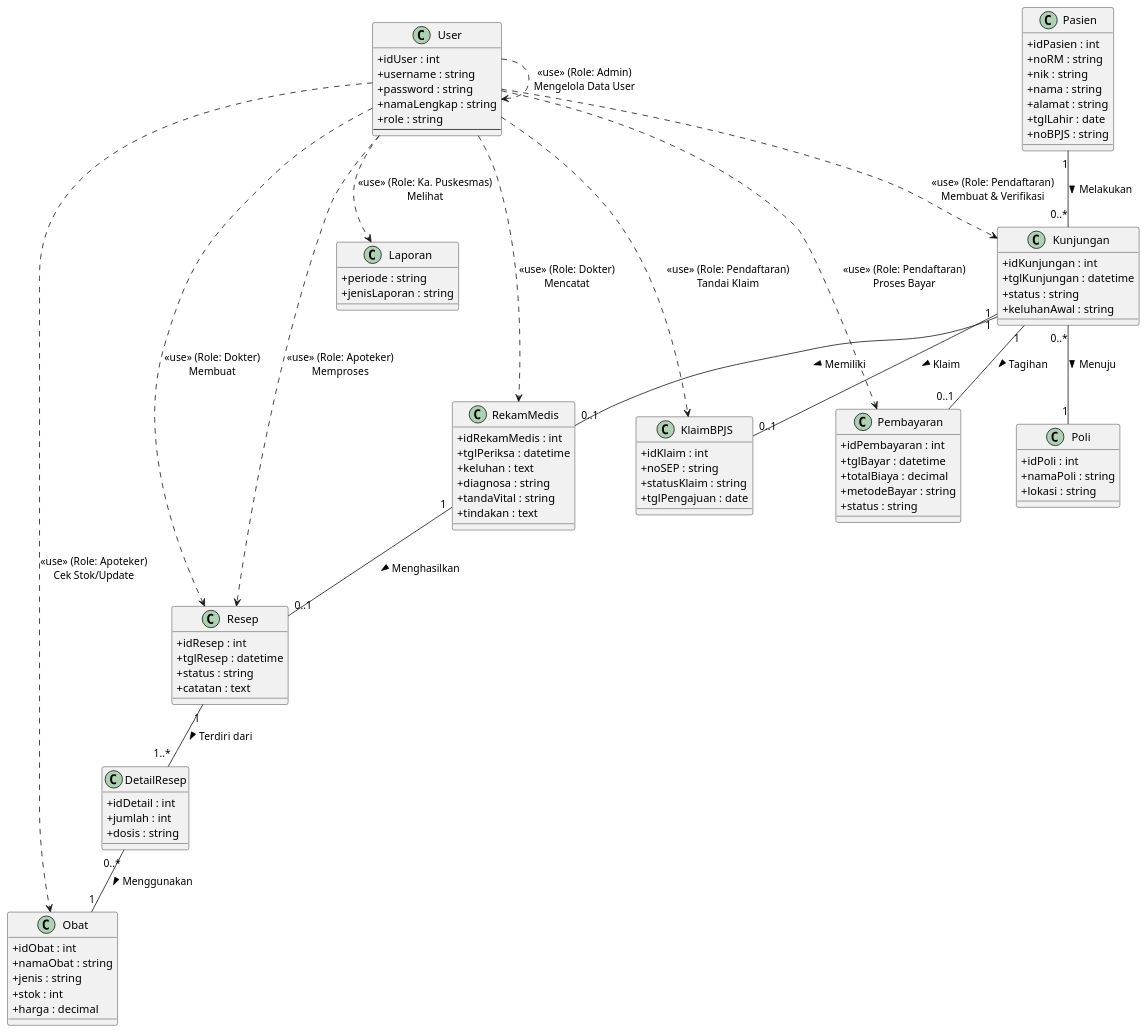
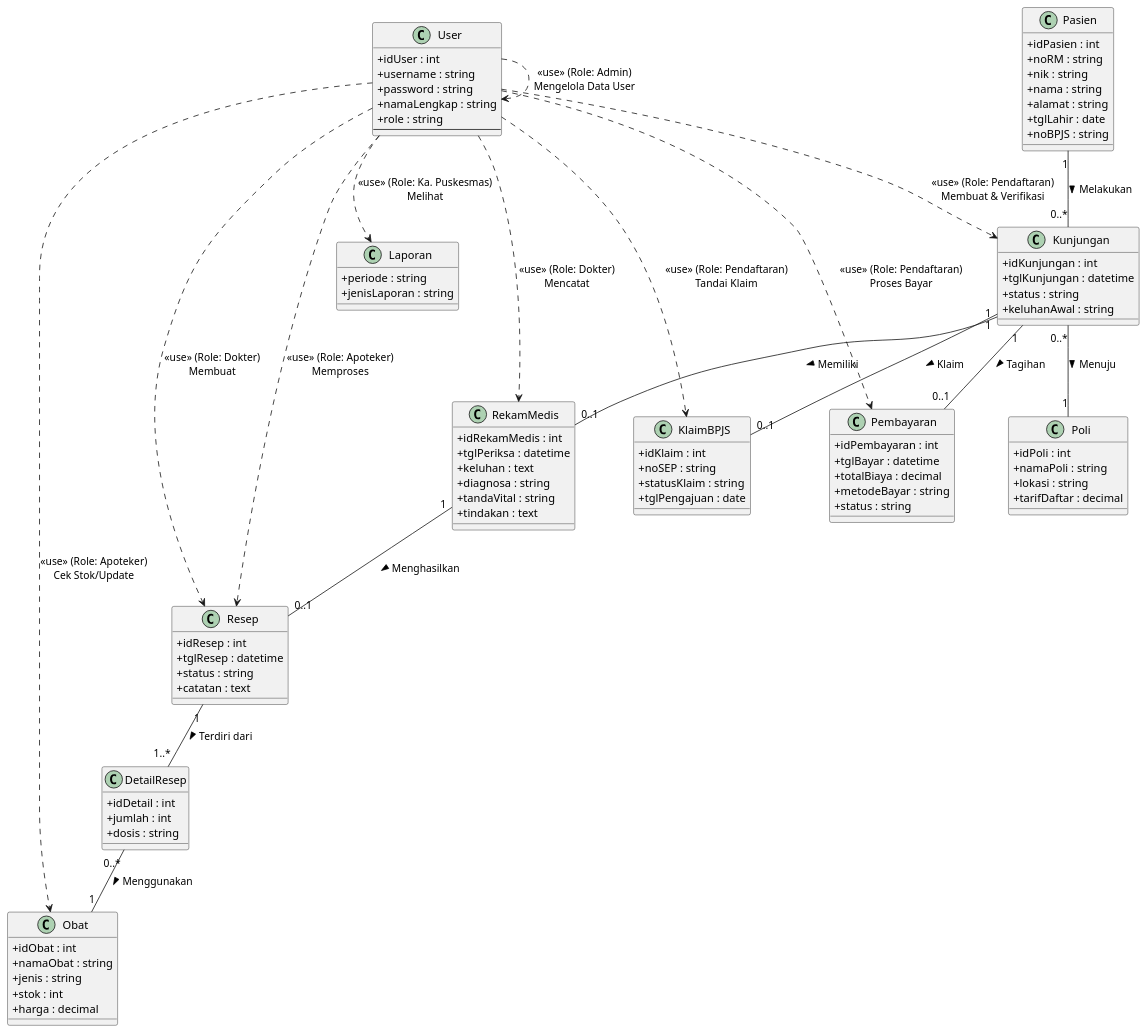
One commit to septianof/SI-PUSKES changed the diagram in docs/4-class-diagram.puml. Above: the diagram before and after it, drawn with PlantUML. The commit also changed 22 other files, not shown here.

```diff
--- a/docs/4-class-diagram.puml
+++ b/docs/4-class-diagram.puml
@@ -1,132 +1,133 @@
 @startuml
 skinparam classAttributeIconSize 0
 scale 1
 
 ' --- DEFINISI KELAS ---
 
 class User {
     +idUser : int
     +username : string
     +password : string
     +namaLengkap : string
     +role : string
     --
     ' Role values: "pendaftaran", "dokter", "apoteker", 
     ' "kepala Puskesmas", "admin"
 }
 
 class Pasien {
     +idPasien : int
     +noRM : string
     +nik : string
     +nama : string
     +alamat : string
     +tglLahir : date
     +noBPJS : string
 }
 
 class Kunjungan {
     +idKunjungan : int
     +tglKunjungan : datetime
     +status : string
     +keluhanAwal : string
 }
 
 class Poli {
     +idPoli : int
     +namaPoli : string
     +lokasi : string
+    +tarifDaftar : decimal
 }
 
 class RekamMedis {
     +idRekamMedis : int
     +tglPeriksa : datetime
     +keluhan : text
     +diagnosa : string
     +tandaVital : string
     +tindakan : text
 }
 
 class Resep {
     +idResep : int
     +tglResep : datetime
     +status : string
     +catatan : text
 }
 
 class DetailResep {
     +idDetail : int
     +jumlah : int
     +dosis : string
 }
 
 class Obat {
     +idObat : int
     +namaObat : string
     +jenis : string
     +stok : int
     +harga : decimal
 }
 
 class Pembayaran {
     +idPembayaran : int
     +tglBayar : datetime
     +totalBiaya : decimal
     +metodeBayar : string
     +status : string
 }
 
 class KlaimBPJS {
     +idKlaim : int
     +noSEP : string
     +statusKlaim : string
     +tglPengajuan : date
 }
 
 class Laporan {
     ' Kelas representasi untuk modul laporan
     +periode : string
     +jenisLaporan : string
 }
 
 ' --- RELASI ANTAR KELAS UTAMA (Sesuai Poin D.1 & D.2 Akhir) ---
 
 Pasien "1" -- "0..*" Kunjungan : Melakukan >
 Kunjungan "0..*" -- "1" Poli : Menuju >
 
 ' Satu kunjungan menghasilkan satu rekam medis
 Kunjungan "1" -- "0..1" RekamMedis : Memiliki >
 
 ' Satu kunjungan bisa memiliki tagihan pembayaran atau klaim BPJS
 Kunjungan "1" -- "0..1" Pembayaran : Tagihan >
 Kunjungan "1" -- "0..1" KlaimBPJS : Klaim >
 
 ' Rekam Medis terkait dengan Resep (Dokter buat resep saat periksa)
 RekamMedis "1" -- "0..1" Resep : Menghasilkan >
 
 ' Detail Resep menghubungkan Resep dan Obat (Many-to-Many via intermediate table)
 Resep "1" -- "1..*" DetailResep : Terdiri dari >
 DetailResep "0..*" -- "1" Obat : Menggunakan >
 
 ' --- RELASI USER BERDASARKAN ROLE (Sesuai Poin D.2) ---
 
 ' Role: Pendaftaran -> Kunjungan, Pembayaran, KlaimBPJS
 User ..> Kunjungan : <<use>> (Role: Pendaftaran)\nMembuat & Verifikasi
 User ..> Pembayaran : <<use>> (Role: Pendaftaran)\nProses Bayar
 User ..> KlaimBPJS : <<use>> (Role: Pendaftaran)\nTandai Klaim
 
 ' Role: Dokter -> Rekam Medis, Resep
 User ..> RekamMedis : <<use>> (Role: Dokter)\nMencatat
 User ..> Resep : <<use>> (Role: Dokter)\nMembuat
 
 ' Role: Apoteker -> Resep, Obat
 User ..> Resep : <<use>> (Role: Apoteker)\nMemproses
 User ..> Obat : <<use>> (Role: Apoteker)\nCek Stok/Update
 
 ' Role: Kepala Puskesmas -> Laporan
 User ..> Laporan : <<use>> (Role: Ka. Puskesmas)\nMelihat
 
 ' Role: Admin -> User (Self relation for management)
 User ..> User : <<use>> (Role: Admin)\nMengelola Data User
 
 @enduml
```
